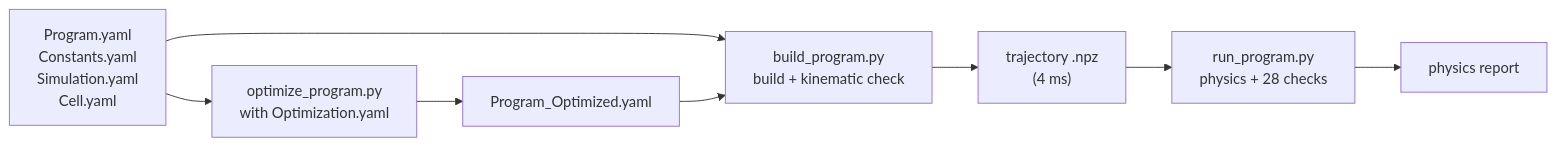
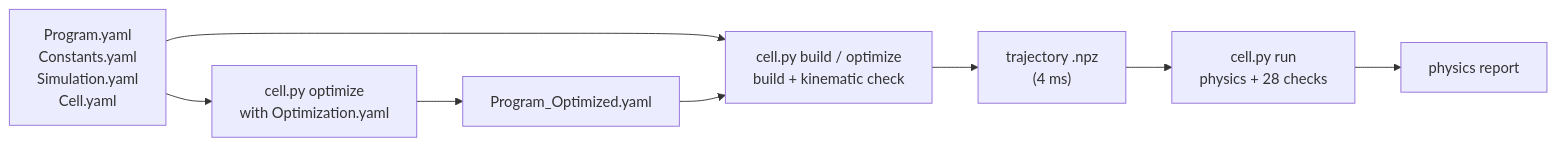
Before and after one commit to rparak/KINALI_Test_it_off_Simulation: the second of 2 diagrams in README.md, drawn with Mermaid. The commit also changed other lines of this file and 41 other files, not shown here.

````diff
--- a/README.md
+++ b/README.md
@@ -230,10 +230,10 @@
 ```mermaid
 flowchart LR
-    P["Program.yaml<br/>Constants.yaml<br/>Simulation.yaml<br/>Cell.yaml"] --> B["build_program.py<br/>build + kinematic check"]
-    P --> O["optimize_program.py<br/>with Optimization.yaml"]
+    P["Program.yaml<br/>Constants.yaml<br/>Simulation.yaml<br/>Cell.yaml"] --> B["cell.py build / optimize<br/>build + kinematic check"]
+    P --> O["cell.py optimize<br/>with Optimization.yaml"]
     O --> PO["Program_Optimized.yaml"]
     PO --> B
     B --> T["trajectory .npz<br/>(4 ms)"]
-    T --> R["run_program.py<br/>physics + 28 checks"]
+    T --> R["cell.py run<br/>physics + 28 checks"]
     R --> RP["physics report"]
 ```
````
